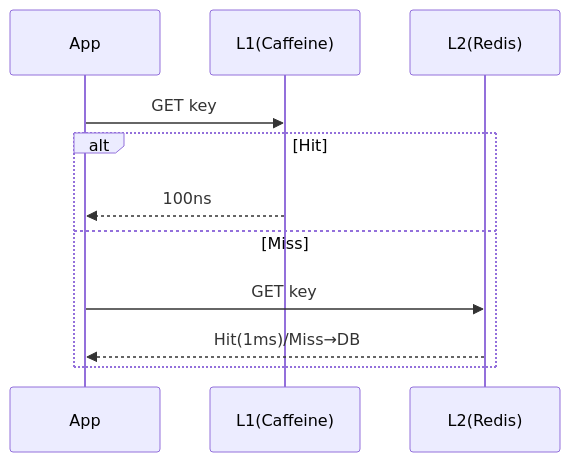
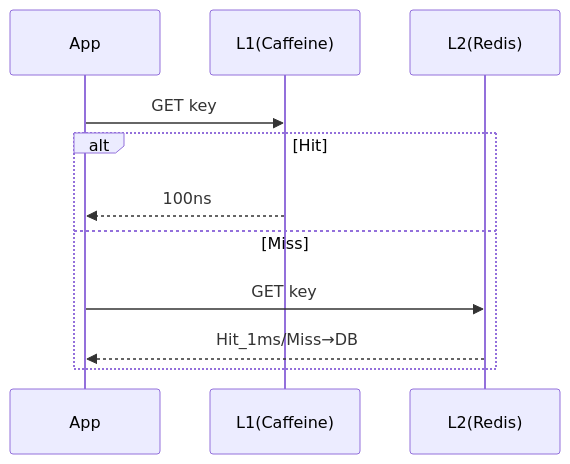
One commit to yjkim2015/yjkim2015.github.io changed the fourth of 8 diagrams in _posts/caching/2026-05-03-multi-layer-caching.md. Above: the diagram before and after it, drawn with Mermaid. The commit also changed 85 other files, not shown here.

First line of the commit message:
sequenceDiagram 문법 에러 2차 수정 169개 (86파일)

````diff
--- a/_posts/caching/2026-05-03-multi-layer-caching.md
+++ b/_posts/caching/2026-05-03-multi-layer-caching.md
@@ -191,13 +191,13 @@
 ```mermaid
 sequenceDiagram
     participant App
     participant L1 as L1(Caffeine)
     participant L2 as L2(Redis)
     App->>L1: GET key
     alt Hit
     L1-->>App: 100ns
     else Miss
     App->>L2: GET key
-    L2-->>App: Hit(1ms)/Miss→DB
+    L2-->>App: Hit_1ms/Miss→DB
     end
 ```
````
